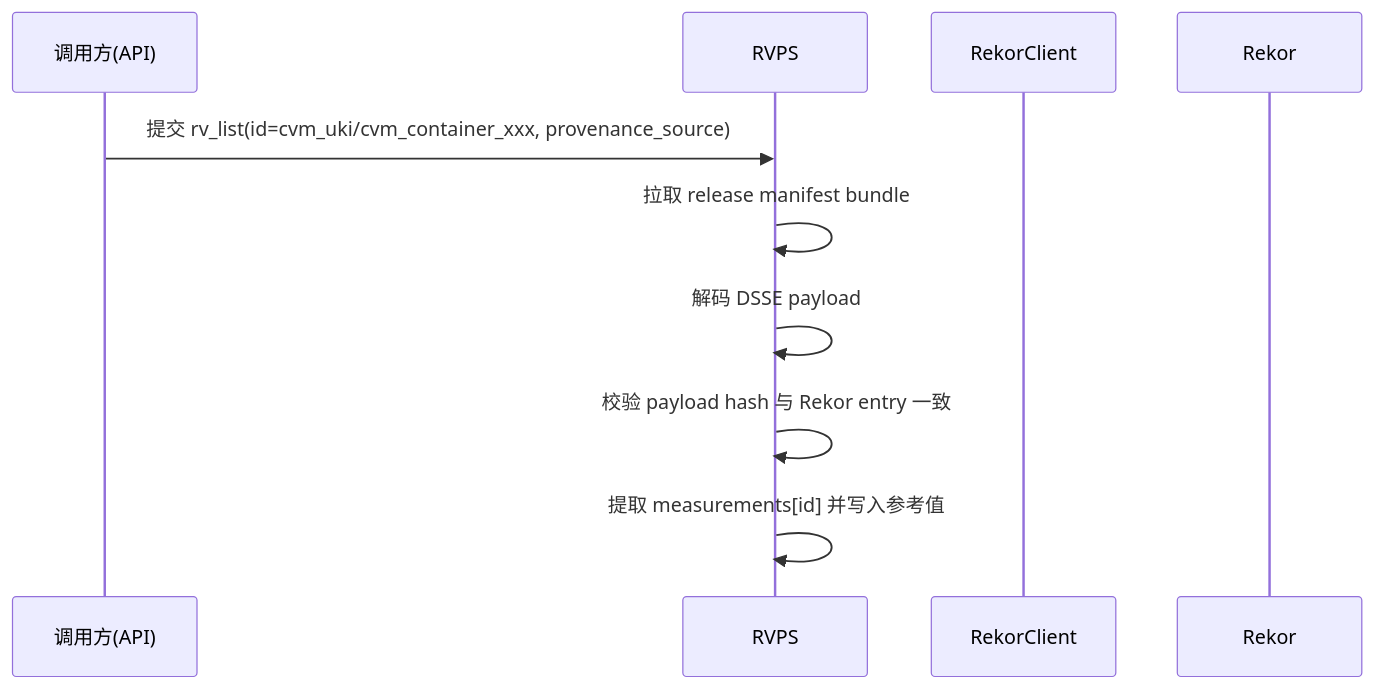
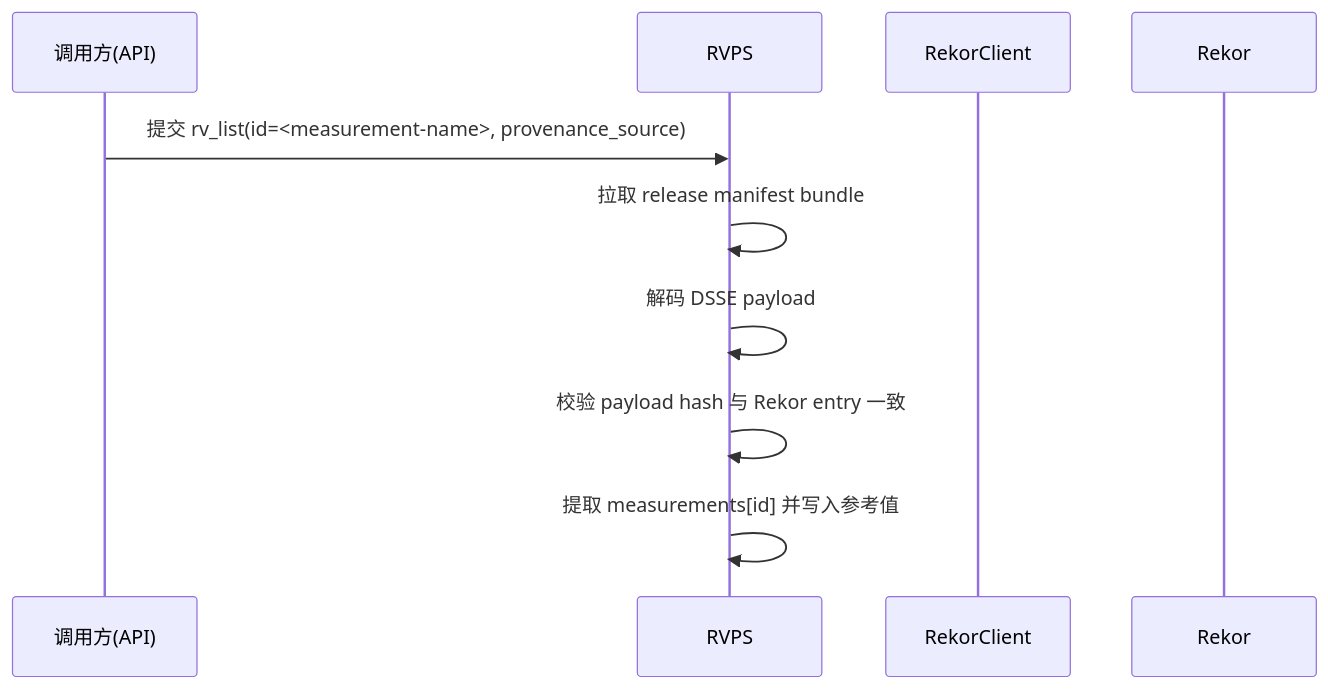
One commit to openanolis/trustee changed the second of 2 diagrams in docs/rekor.md. Above: the diagram before and after it, drawn with Mermaid. The commit also changed other lines of this file and 4 other files, not shown here.

````diff
--- a/docs/rekor.md
+++ b/docs/rekor.md
@@ -53,13 +53,13 @@
 ```mermaid
 sequenceDiagram
     participant U as 调用方(API)
     participant RV as RVPS
     participant RC as RekorClient
     participant RK as Rekor
 
-    U->>RV: 提交 rv_list(id=cvm_uki/cvm_container_xxx, provenance_source)
+    U->>RV: 提交 rv_list(id=<measurement-name>, provenance_source)
     RV->>RV: 拉取 release manifest bundle
     RV->>RV: 解码 DSSE payload
     RV->>RV: 校验 payload hash 与 Rekor entry 一致
     RV->>RV: 提取 measurements[id] 并写入参考值
 ```
````
